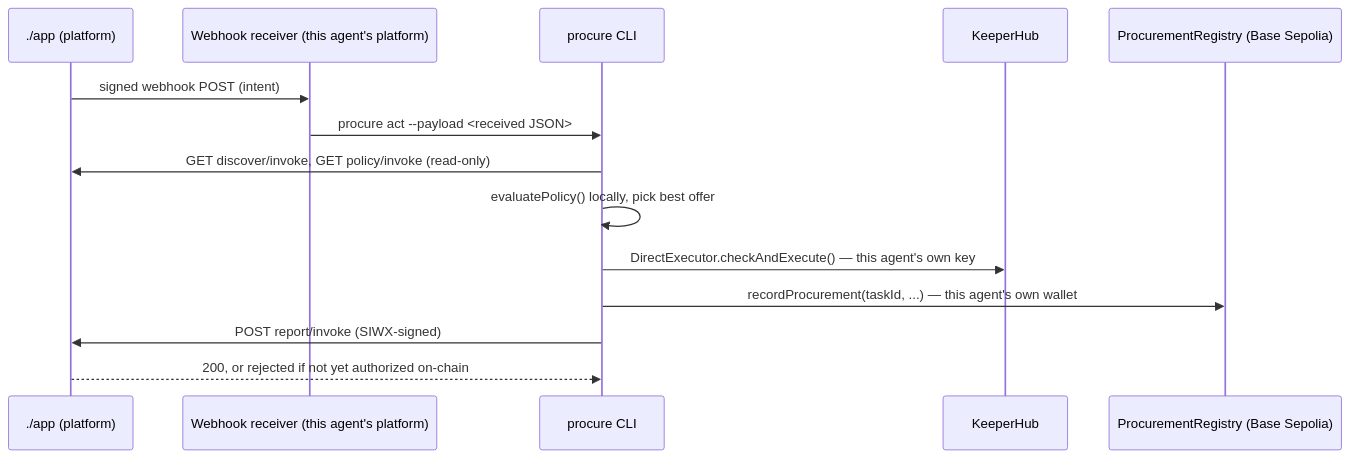
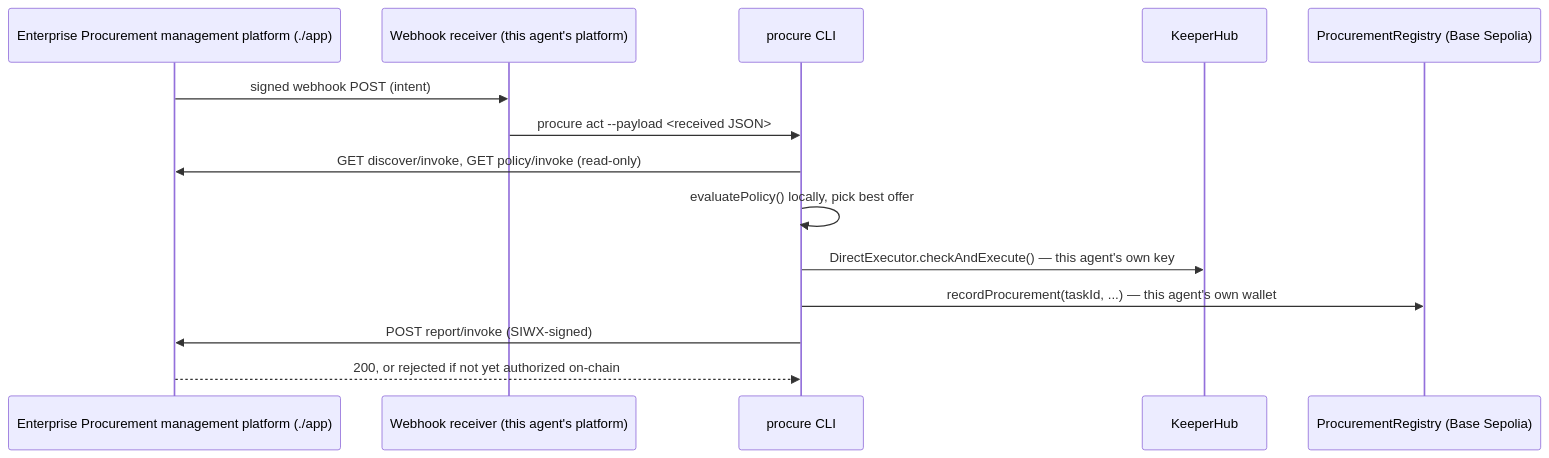
One commit to masaun/enterprise-procurement-agent-platform changed the second of 3 diagrams in agent-skills/README.md. Above: the diagram before and after it, drawn with Mermaid. The commit also changed other lines of this file and 3 other files, not shown here.

````diff
--- a/agent-skills/README.md
+++ b/agent-skills/README.md
@@ -69,17 +69,17 @@
 ```mermaid
 sequenceDiagram
-    participant P as ./app (platform)
+    participant P as Enterprise Procurement management platform (./app)
     participant W as Webhook receiver (this agent's platform)
     participant CLI as procure CLI
     participant K as KeeperHub
     participant C as ProcurementRegistry (Base Sepolia)
 
     P->>W: signed webhook POST (intent)
     W->>CLI: procure act --payload <received JSON>
     CLI->>P: GET discover/invoke, GET policy/invoke (read-only)
     CLI->>CLI: evaluatePolicy() locally, pick best offer
     CLI->>K: DirectExecutor.checkAndExecute() — this agent's own key
     CLI->>C: recordProcurement(taskId, ...) — this agent's own wallet
     CLI->>P: POST report/invoke (SIWX-signed)
     P-->>CLI: 200, or rejected if not yet authorized on-chain
 ```
````
